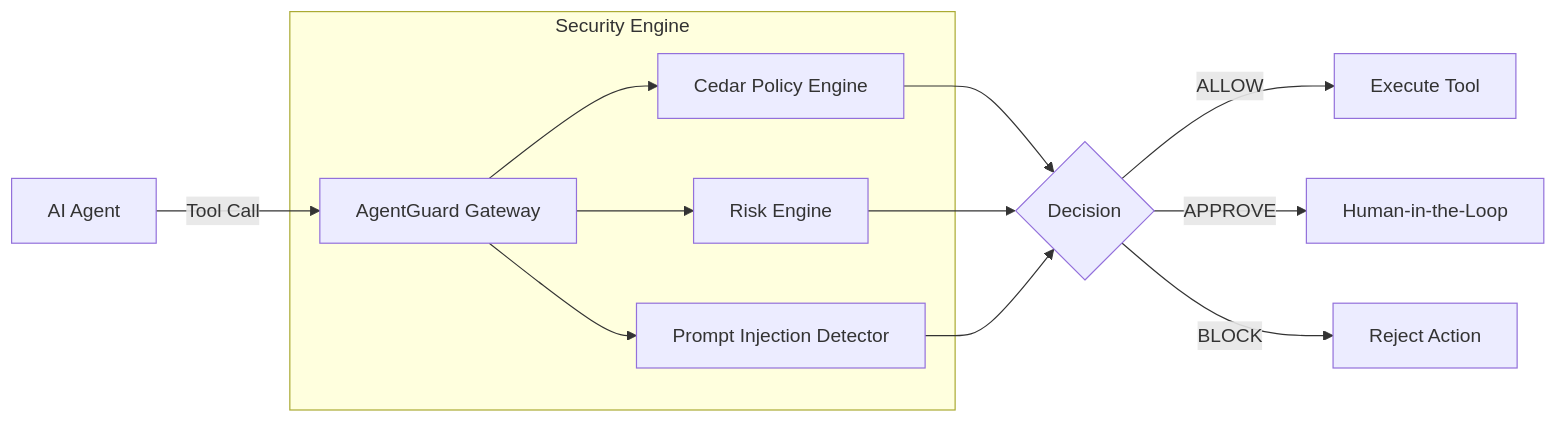
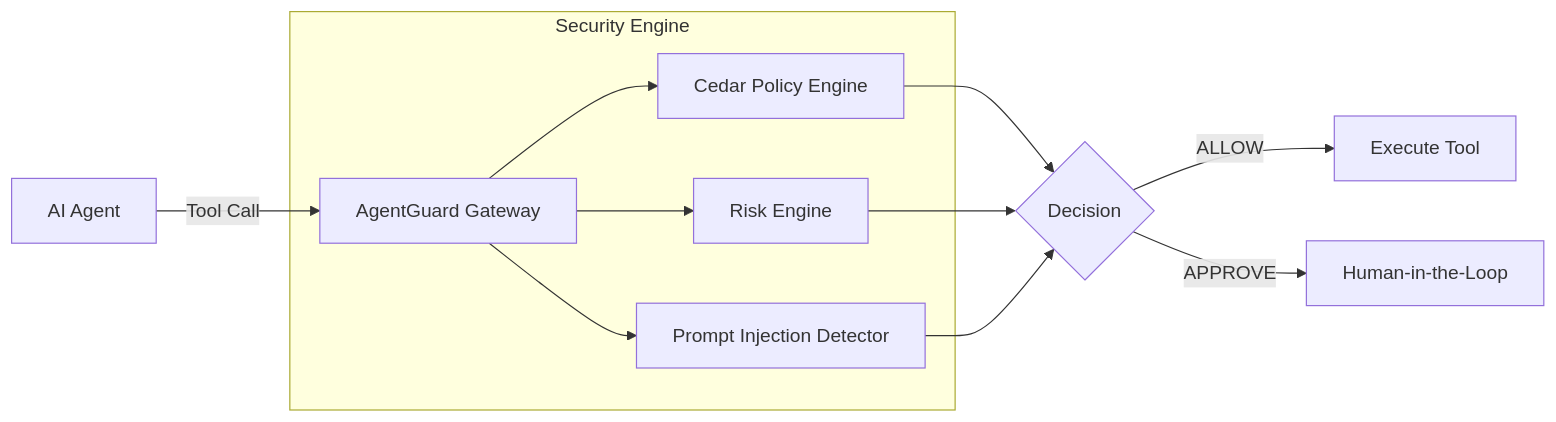
One commit to aashutoshkumarbhardwaj/AgentGuard changed the diagram in README.md. Above: the diagram before and after it, drawn with Mermaid. The commit also changed other lines of this file and 3 other files, not shown here.

Commit message:
docs: add MCP Gateway architecture diagram to README and UI

````diff
--- a/README.md
+++ b/README.md
@@ -41,18 +41,17 @@
 ```mermaid
 flowchart LR
     A[AI Agent] -->|Tool Call| G[AgentGuard Gateway]
     
     subgraph Security Engine
         G --> C[Cedar Policy Engine]
         G --> R[Risk Engine]
         G --> P[Prompt Injection Detector]
     end
     
     C --> D{Decision}
     R --> D
     P --> D
     
     D -->|ALLOW| E[Execute Tool]
     D -->|APPROVE| M[Human-in-the-Loop]
-    D -->|BLOCK| B[Reject Action]
 ```
````
